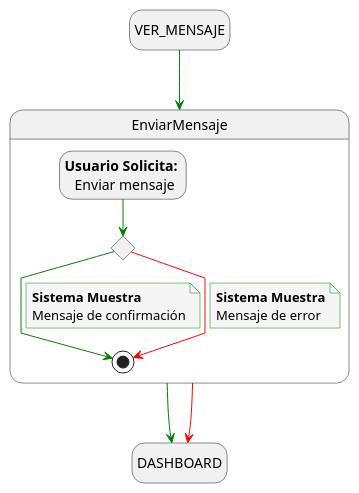
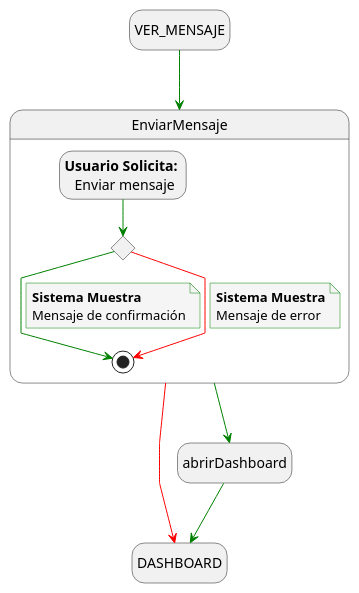
Before and after one commit to mmasias/24-25-IdSw1-SDR: the diagram in docs/casosDeUso/detalladoCasosDeUso/detalladoEnvioMensajes/detalladoEnvioMensaje.puml, drawn with PlantUML. The commit also changed 17 other files, not shown here.

Commit message:
Actualizar diagramas de casos de uso para redirigir a abrirDashboard y corregir transiciones de estado

```diff
--- a/docs/casosDeUso/detalladoCasosDeUso/detalladoEnvioMensajes/detalladoEnvioMensaje.puml
+++ b/docs/casosDeUso/detalladoCasosDeUso/detalladoEnvioMensajes/detalladoEnvioMensaje.puml
@@ -1,39 +1,40 @@
 @startuml enviar_mensaje
 
 skinparam {
   NoteBackgroundColor #whiteSmoke
   ArrowColor #green
   NoteBorderColor #green
   linetype polyline
 }
 
 hide empty description
 
 state startState as "VER_MENSAJE"
 state endState as "DASHBOARD"
 
 startState --> EnviarMensaje
 
-EnviarMensaje--> endState
+EnviarMensaje--> abrirDashboard
+abrirDashboard--> endState
 EnviarMensaje -[#red]-> endState
 
 state EnviarMensaje{
     state revisionFiltrosEnviados <<choice>>
     state usuarioSolicita as "<b>Usuario Solicita:</b> \n Enviar mensaje"
 
     usuarioSolicita --> revisionFiltrosEnviados 
 
     revisionFiltrosEnviados --> [*]
     note on link
         <b>Sistema Muestra</b>
         Mensaje de confirmación
     end note
 
     revisionFiltrosEnviados -[#red]-> [*]
     note on link
         <b>Sistema Muestra</b>
         Mensaje de error
     end note
 }
 
 @enduml
```
